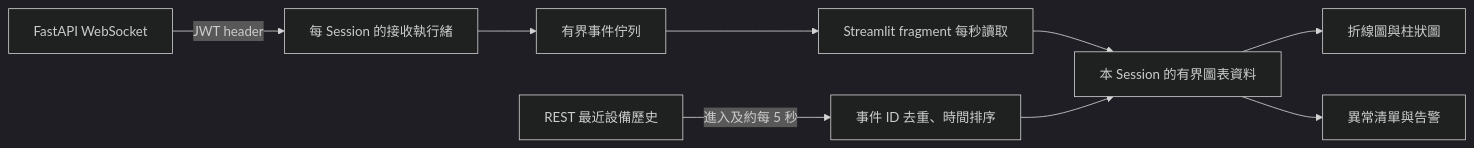
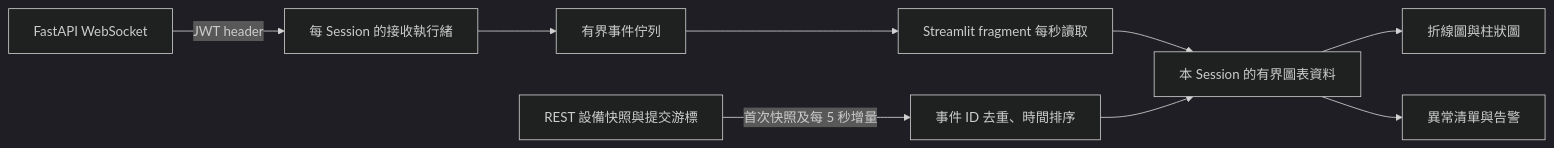
The diagram in docs/frontend.md (PolunLin/datapulse-monitor), drawn with Mermaid (dark theme) before and after one commit. The commit also changed other lines of this file and 34 other files, not shown here.

````diff
--- a/docs/frontend.md
+++ b/docs/frontend.md
@@ -58,11 +60,11 @@
 ```mermaid
 flowchart LR
     API[FastAPI WebSocket] -->|JWT header| Receiver[每 Session 的接收執行緒]
     Receiver --> Queue[有界事件佇列]
     Queue --> Fragment[Streamlit fragment 每秒讀取]
     Fragment --> Buffer[本 Session 的有界圖表資料]
-    History[REST 最近設備歷史] -->|進入及約每 5 秒| Merge[事件 ID 去重、時間排序]
+    History[REST 設備快照與提交游標] -->|首次快照及每 5 秒增量| Merge[事件 ID 去重、時間排序]
     Merge --> Buffer
     Buffer --> Chart[折線圖與柱狀圖]
     Buffer --> Alert[異常清單與告警]
 ```
````
